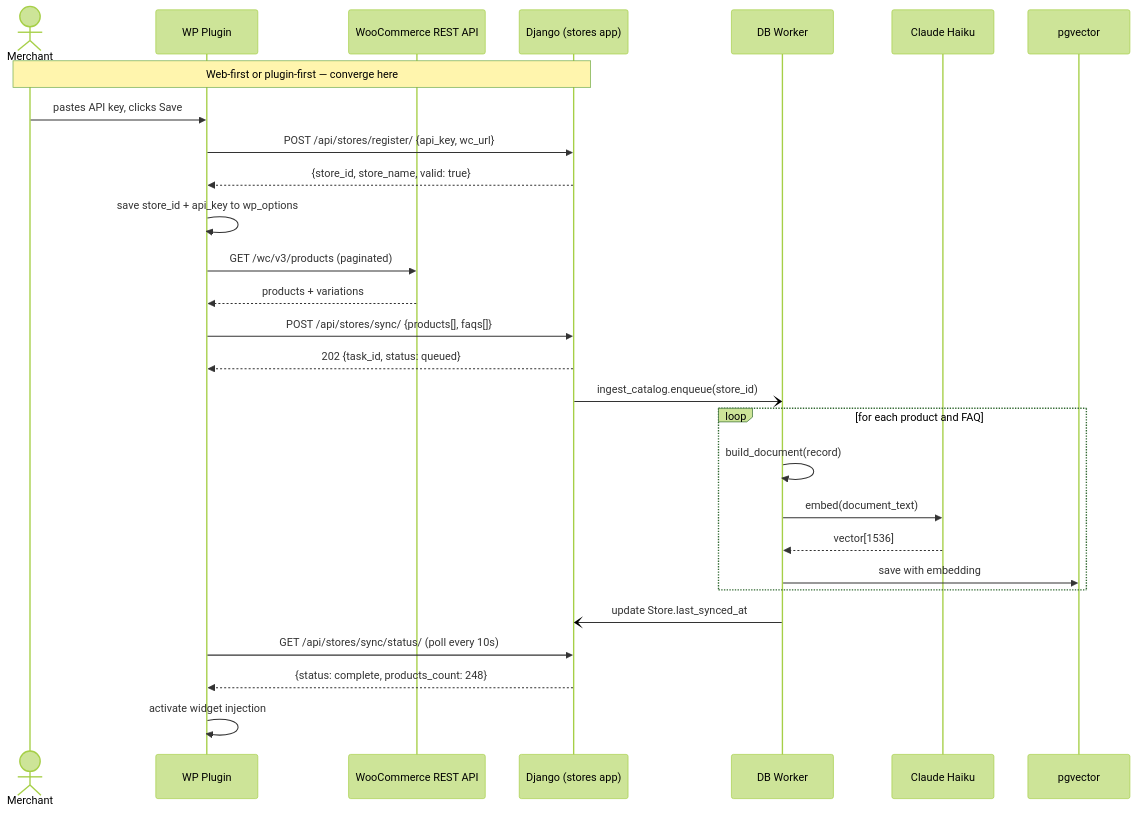
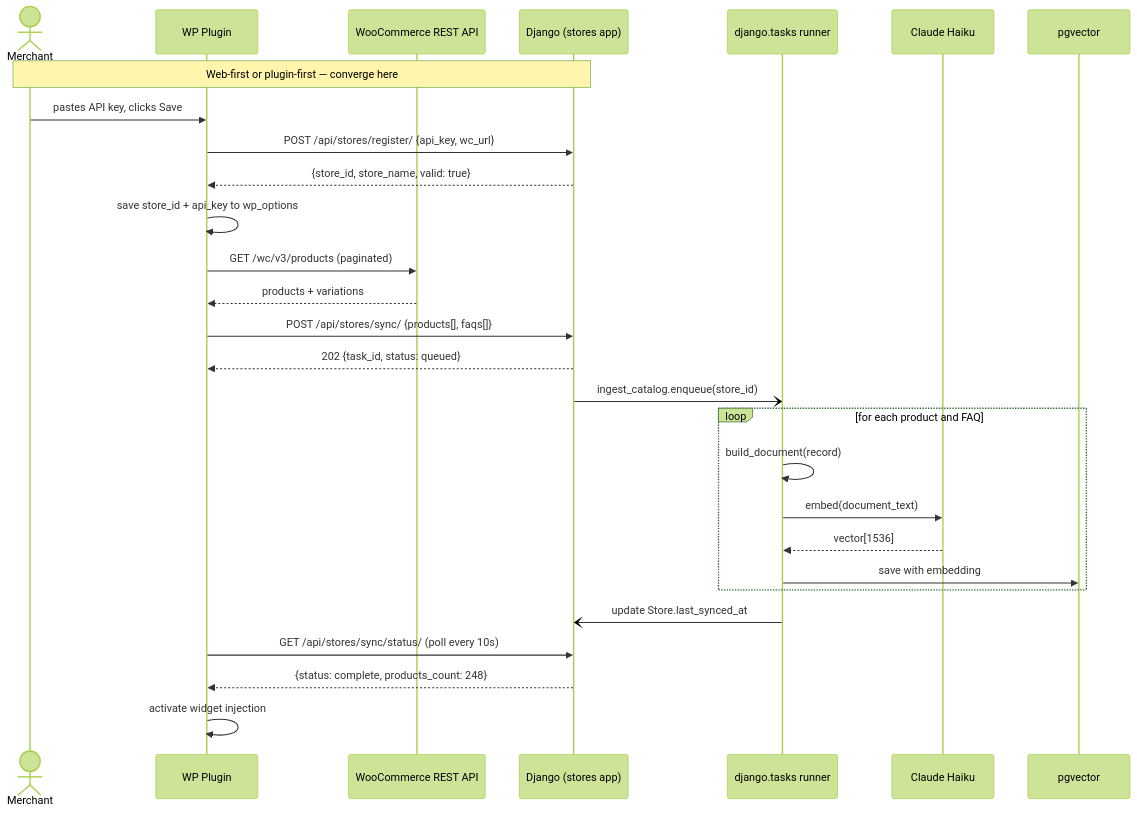
Before and after one commit to aji-pratama/woocs: the fourth of 6 diagrams in .docs/PRD_v0.md, drawn with Mermaid (forest theme). The commit also changed other lines of this file, not shown here.

````diff
--- a/.docs/PRD_v0.md
+++ b/.docs/PRD_v0.md
@@ -1395,35 +1396,35 @@
 ```mermaid
 sequenceDiagram
   actor Merchant
   participant WP as WP Plugin
   participant WC as WooCommerce REST API
   participant Django as Django (stores app)
-  participant Worker as DB Worker
+  participant Worker as django.tasks runner
   participant Haiku as Claude Haiku
   participant PG as pgvector
 
   Note over Merchant,Django: Web-first or plugin-first — converge here
 
   Merchant->>WP: pastes API key, clicks Save
   WP->>Django: POST /api/stores/register/ {api_key, wc_url}
   Django-->>WP: {store_id, store_name, valid: true}
   WP->>WP: save store_id + api_key to wp_options
 
   WP->>WC: GET /wc/v3/products (paginated)
   WC-->>WP: products + variations
   WP->>Django: POST /api/stores/sync/ {products[], faqs[]}
   Django-->>WP: 202 {task_id, status: queued}
   Django-)Worker: ingest_catalog.enqueue(store_id)
 
   loop for each product and FAQ
     Worker->>Worker: build_document(record)
     Worker->>Haiku: embed(document_text)
     Haiku-->>Worker: vector[1536]
     Worker->>PG: save with embedding
   end
 
   Worker-)Django: update Store.last_synced_at
   WP->>Django: GET /api/stores/sync/status/ (poll every 10s)
   Django-->>WP: {status: complete, products_count: 248}
   WP->>WP: activate widget injection
 ```
````
